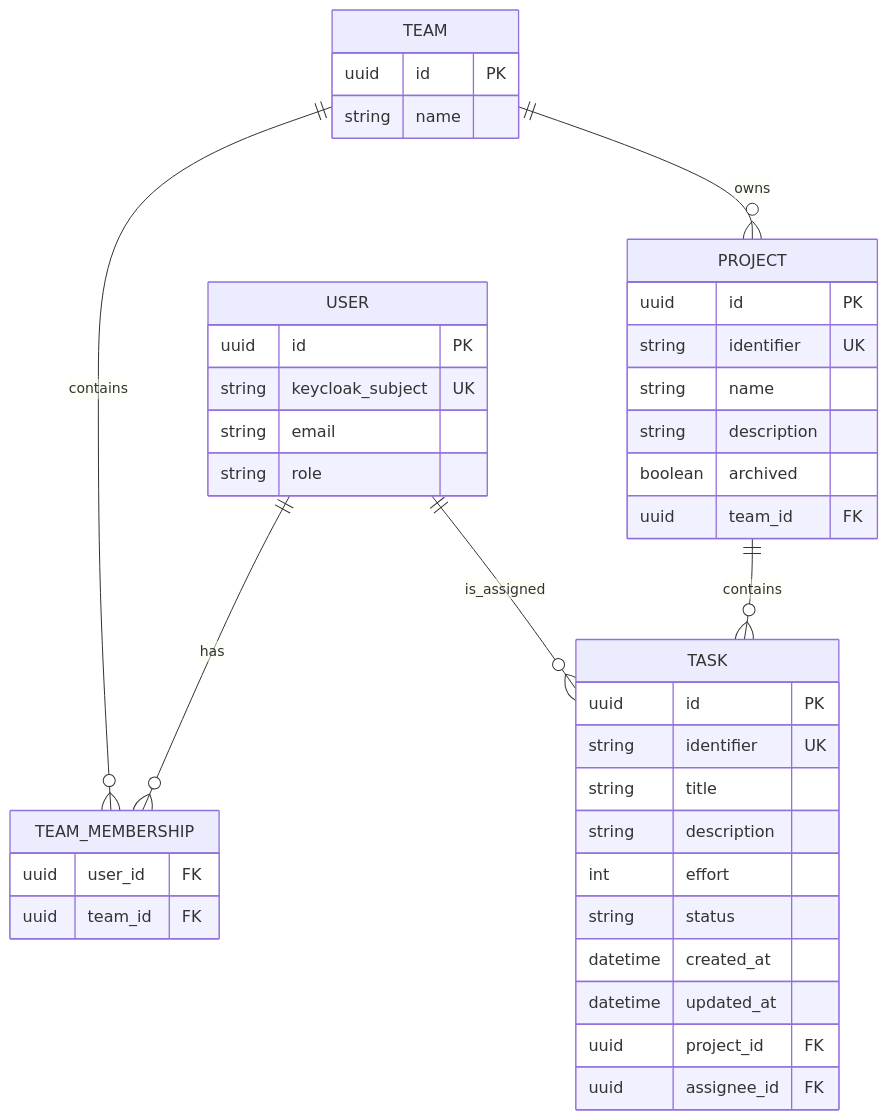
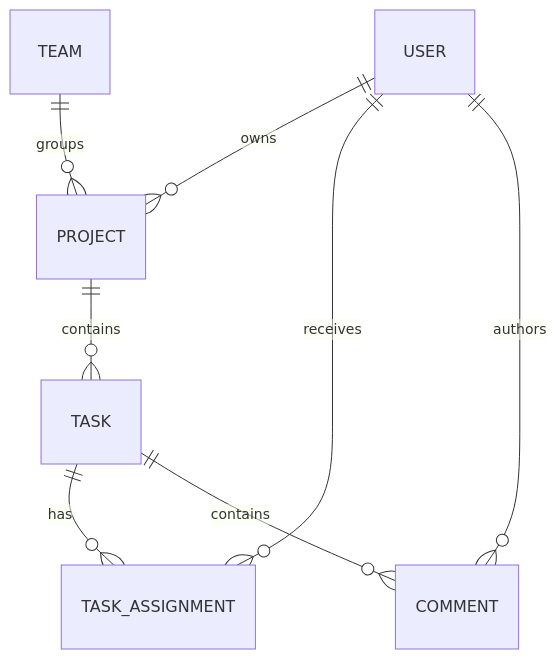
The diagram in docs/database.md (WikiCoding/matriz-ai_powered_engineering_course), drawn with Mermaid before and after one commit. The commit also changed other lines of this file and 8 other files, not shown here.

````diff
--- a/docs/database.md
+++ b/docs/database.md
@@ -19,43 +16,10 @@
 ```mermaid
 erDiagram
-  USER {
-    uuid id PK
-    string keycloak_subject UK
-    string email
-    string role
-  }
-  TEAM {
-    uuid id PK
-    string name
-  }
-  TEAM_MEMBERSHIP {
-    uuid user_id FK
-    uuid team_id FK
-  }
-  PROJECT {
-    uuid id PK
-    string identifier UK
-    string name
-    string description
-    boolean archived
-    uuid team_id FK
-  }
-  TASK {
-    uuid id PK
-    string identifier UK
-    string title
-    string description
-    int effort
-    string status
-    datetime created_at
-    datetime updated_at
-    uuid project_id FK
-    uuid assignee_id FK
-  }
-
-  USER ||--o{ TEAM_MEMBERSHIP : has
-  TEAM ||--o{ TEAM_MEMBERSHIP : contains
-  TEAM ||--o{ PROJECT : owns
+  USER ||--o{ PROJECT : owns
+  TEAM ||--o{ PROJECT : groups
   PROJECT ||--o{ TASK : contains
-  USER ||--o{ TASK : is_assigned
+  TASK ||--o{ TASK_ASSIGNMENT : has
+  USER ||--o{ TASK_ASSIGNMENT : receives
+  TASK ||--o{ COMMENT : contains
+  USER ||--o{ COMMENT : authors
 ```
````
